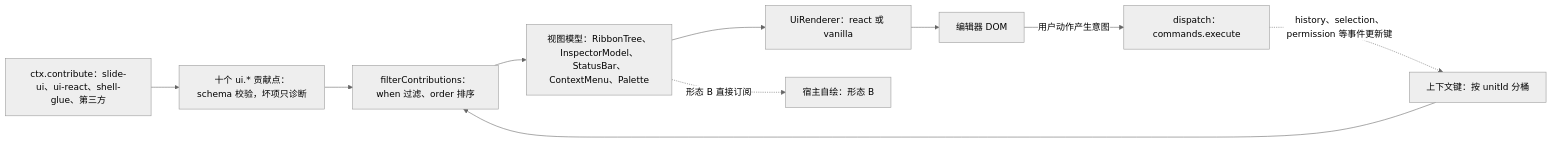
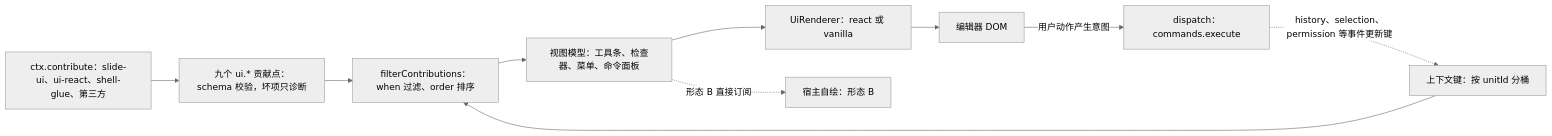
The sixth of 8 diagrams in docs/50-frontend/09-ui-system-and-theming.md (Xeonice/cordis-ppt-editor), drawn with Mermaid (neutral theme) before and after one commit. The commit also changed other lines of this file and 25 other files, not shown here.

````diff
--- a/docs/50-frontend/09-ui-system-and-theming.md
+++ b/docs/50-frontend/09-ui-system-and-theming.md
@@ -453,19 +525,19 @@
 ```mermaid
 flowchart LR
   contrib["ctx.contribute：slide-ui、ui-react、shell-glue、第三方"]
-  points["十个 ui.* 贡献点：schema 校验，坏项只诊断"]
+  points["九个 ui.* 贡献点：schema 校验，坏项只诊断"]
   keys["上下文键：按 unitId 分桶"]
   filter["filterContributions：when 过滤、order 排序"]
-  vm["视图模型：RibbonTree、InspectorModel、StatusBar、ContextMenu、Palette"]
+  vm["视图模型：工具条、检查器、菜单、命令面板"]
   renderer["UiRenderer：react 或 vanilla"]
   hostUi["宿主自绘：形态 B"]
   dom["编辑器 DOM"]
   dispatch["dispatch：commands.execute"]
   contrib --> points --> filter
   keys --> filter
   filter --> vm
   vm --> renderer --> dom
   vm -.->|"形态 B 直接订阅"| hostUi
   dom -->|"用户动作产生意图"| dispatch
   dispatch -.->|"history、selection、permission 等事件更新键"| keys
 ```
````
